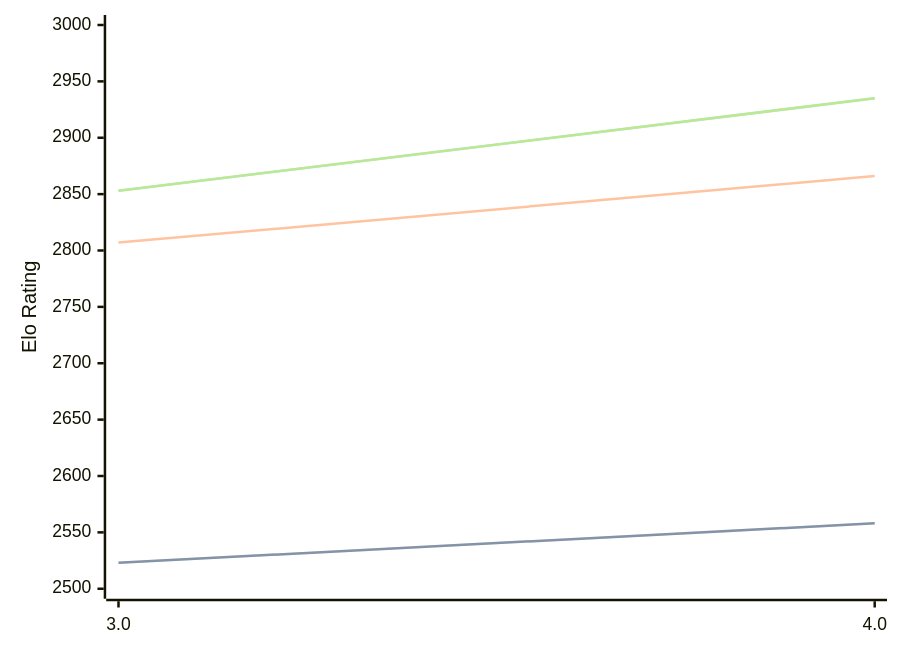
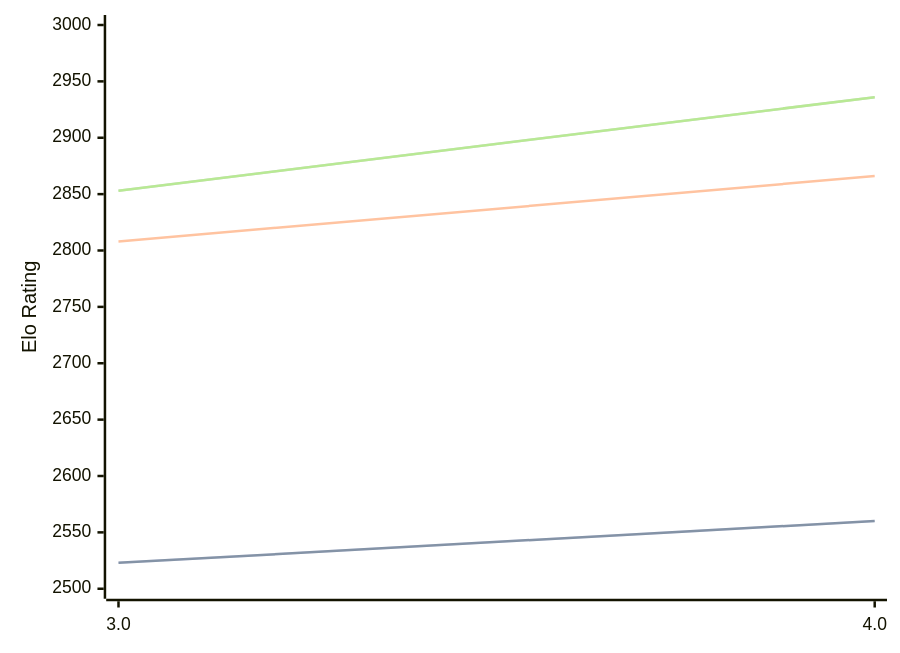
The diagram in engines/Chess3.md (computer-chess-index/cci), drawn with Mermaid before and after one commit. The commit also changed other lines of this file, not shown here.

Commit message:
Update CCI Ratings (ELO VLTC) - 2026-05-17

````diff
--- a/engines/Chess3.md
+++ b/engines/Chess3.md
@@ -34,11 +34,11 @@
 ```mermaid
 %%{init: {"theme":"base","themeVariables":{"seriesColors:['#a3a3a3','#222221','#faa371']}}}%%
 xychart-beta
   x-axis ["3.0", "4.0"]
   y-axis "Elo Rating" 2500 --> 3000
-  line "STC (8.0+0.08s)" [2523, 2558]
-  line "STC (8.0+0.08s)" [2523, 2558]
-  line "LTC (60.0+0.60s)" [2807, 2866]
-  line "VLTC (2m24s+1.12s)" [2853, 2935]
-  line "VLTC (2m24s+1.12s)" [2853, 2935]
+  line "STC (8.0+0.08s)" [2523, 2560]
+  line "STC (8.0+0.08s)" [2523, 2560]
+  line "LTC (60.0+0.60s)" [2808, 2866]
+  line "VLTC (2m24s+1.12s)" [2853, 2936]
+  line "VLTC (2m24s+1.12s)" [2853, 2936]
 ```
````
